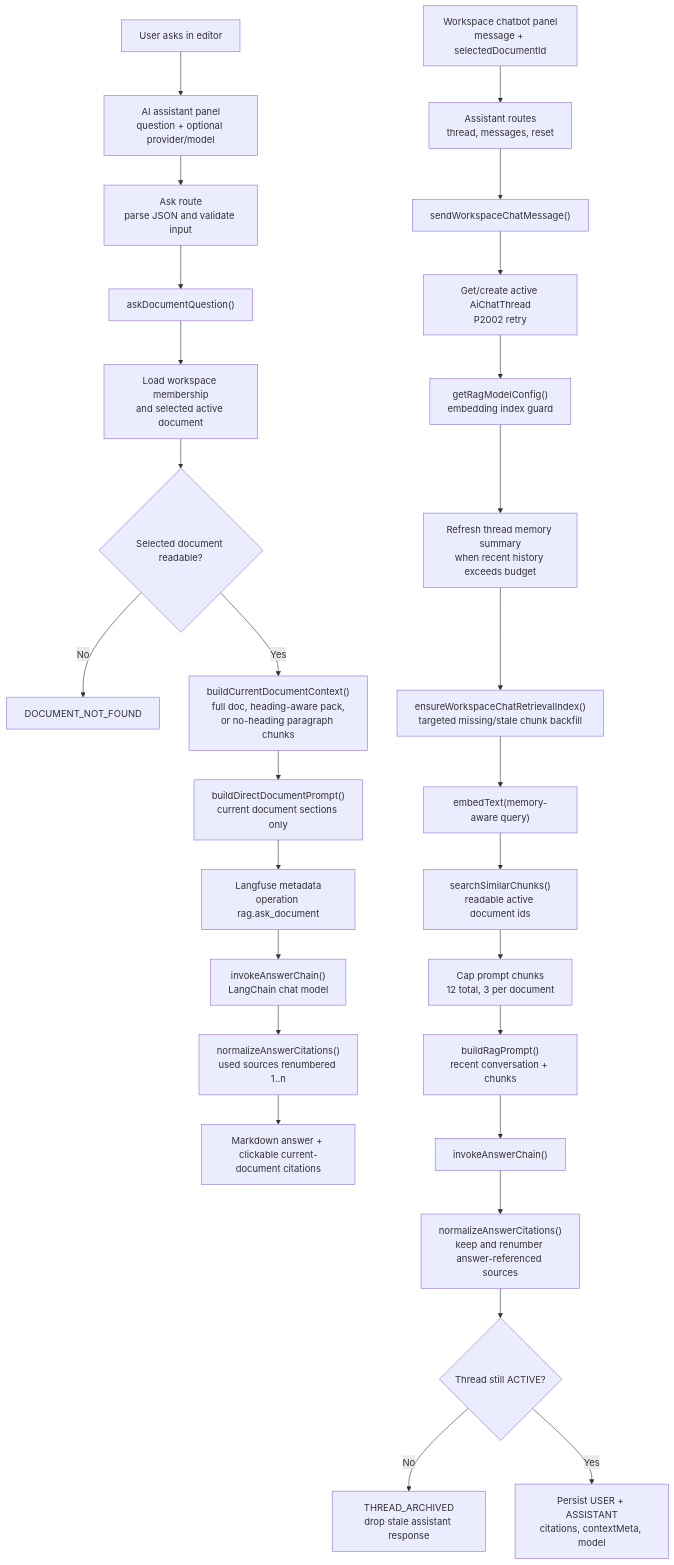
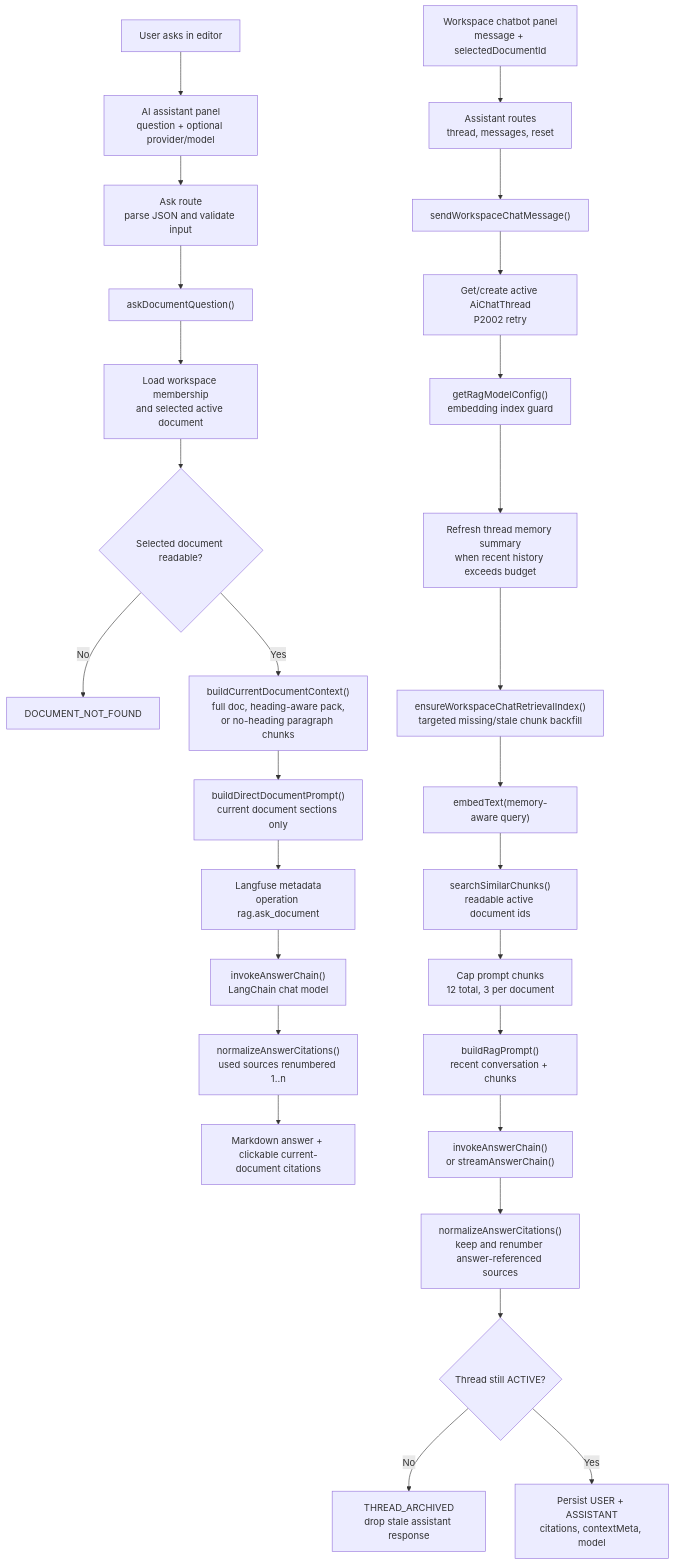
One commit to dschoi30/munjib changed the first of 2 diagrams in wiki/RAG Process Workflow.md. Above: the diagram before and after it, drawn with Mermaid. The commit also changed other lines of this file and 4 other files, not shown here.

Commit message:
feat: stream workspace chat service answers

````diff
--- a/wiki/RAG Process Workflow.md
+++ b/wiki/RAG Process Workflow.md
@@ -37,31 +37,31 @@
 ```mermaid
 flowchart TD
     User["User asks in editor"] --> Panel["AI assistant panel<br/>question + optional provider/model"]
     Panel --> AskRoute["Ask route<br/>parse JSON and validate input"]
     AskRoute --> AskService["askDocumentQuestion()"]
     AskService --> AskPermission["Load workspace membership<br/>and selected active document"]
     AskPermission --> AskReadable{"Selected document readable?"}
     AskReadable -- "No" --> AskNotFound["DOCUMENT_NOT_FOUND"]
     AskReadable -- "Yes" --> AskContext["buildCurrentDocumentContext()<br/>full doc, heading-aware pack,<br/>or no-heading paragraph chunks"]
     AskContext --> AskPrompt["buildDirectDocumentPrompt()<br/>current document sections only"]
     AskPrompt --> AskTrace["Langfuse metadata<br/>operation rag.ask_document"]
     AskTrace --> AskAnswer["invokeAnswerChain()<br/>LangChain chat model"]
     AskAnswer --> AskNormalize["normalizeAnswerCitations()<br/>used sources renumbered 1..n"]
     AskNormalize --> AskUI["Markdown answer + clickable current-document citations"]
 
     ChatUser["Workspace chatbot panel<br/>message + selectedDocumentId"] --> ChatRoute["Assistant routes<br/>thread, messages, reset"]
     ChatRoute --> ChatService["sendWorkspaceChatMessage()"]
     ChatService --> Thread["Get/create active AiChatThread<br/>P2002 retry"]
     Thread --> ChatConfig["getRagModelConfig()<br/>embedding index guard"]
     ChatConfig --> ChatMemory["Refresh thread memory summary<br/>when recent history exceeds budget"]
     ChatMemory --> ChatBackfill["ensureWorkspaceChatRetrievalIndex()<br/>targeted missing/stale chunk backfill"]
     ChatBackfill --> ChatEmbed["embedText(memory-aware query)"]
     ChatEmbed --> ChatSearch["searchSimilarChunks()<br/>readable active document ids"]
     ChatSearch --> ChatCap["Cap prompt chunks<br/>12 total, 3 per document"]
     ChatCap --> ChatPrompt["buildRagPrompt()<br/>recent conversation + chunks"]
-    ChatPrompt --> ChatAnswer["invokeAnswerChain()"]
+    ChatPrompt --> ChatAnswer["invokeAnswerChain()<br/>or streamAnswerChain()"]
     ChatAnswer --> UsedCitations["normalizeAnswerCitations()<br/>keep and renumber answer-referenced sources"]
     UsedCitations --> ActiveCheck{"Thread still ACTIVE?"}
     ActiveCheck -- "No" --> Stale["THREAD_ARCHIVED<br/>drop stale assistant response"]
     ActiveCheck -- "Yes" --> Persist["Persist USER + ASSISTANT<br/>citations, contextMeta, model"]
 ```
````
